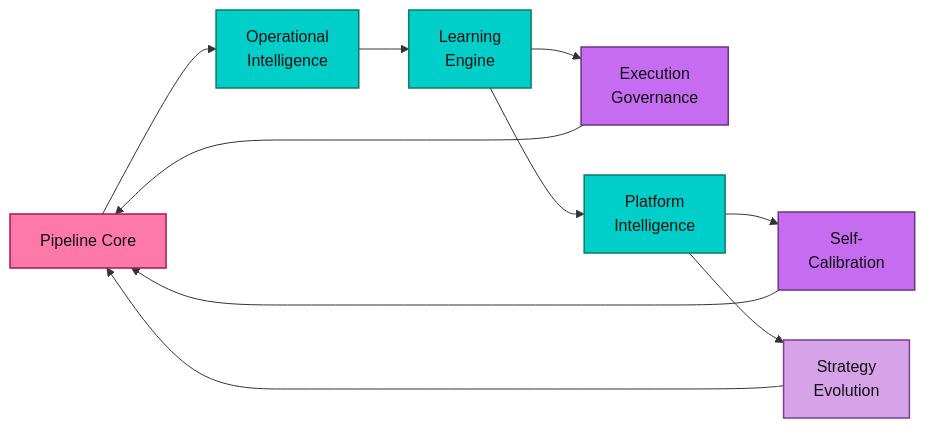
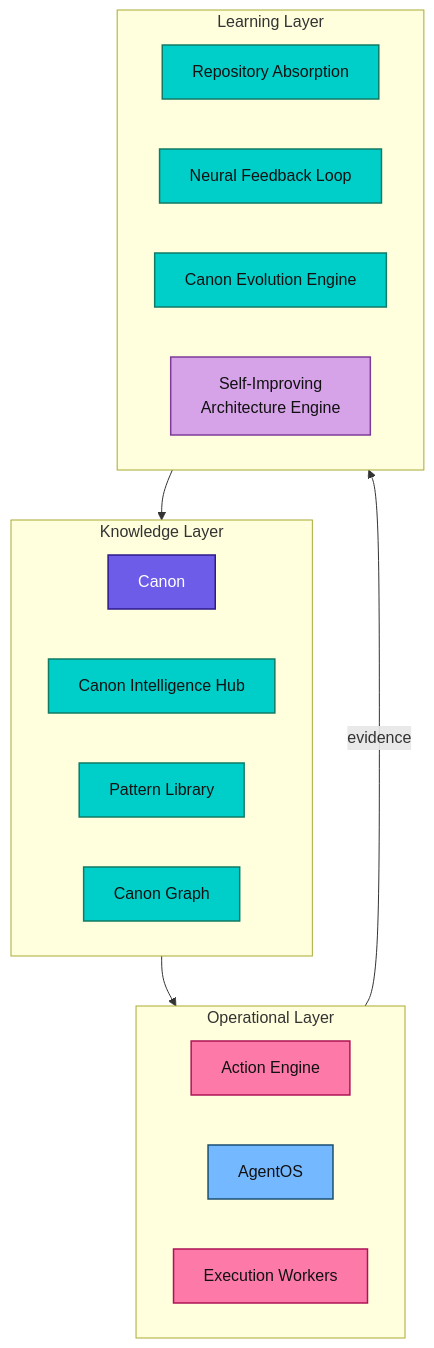
The fourth of 4 diagrams in docs/ARCHITECTURE.md (zansued/axionos), drawn with Mermaid before and after one commit. The commit also changed other lines of this file, not shown here.

````diff
--- a/docs/ARCHITECTURE.md
+++ b/docs/ARCHITECTURE.md
@@ -362,17 +364,32 @@
 ```mermaid
-flowchart LR
-    Pipeline["Pipeline Core"]:::runtime --> OI["Operational\nIntelligence"]:::intelligence
-    OI --> Learn["Learning\nEngine"]:::intelligence
-    Learn --> Gov["Execution\nGovernance"]:::governance
-    Gov --> Pipeline
-    Learn --> PI["Platform\nIntelligence"]:::intelligence
-    PI --> Calib["Self-\nCalibration"]:::governance
-    PI --> Strat["Strategy\nEvolution"]:::strategic
-    Calib --> Pipeline
-    Strat --> Pipeline
+flowchart TB
+    subgraph Operational["Operational Layer"]
+        AE2["Action Engine"]:::runtime
+        AgOS["AgentOS"]:::core
+        Exec["Execution Workers"]:::runtime
+    end
 
+    subgraph Knowledge["Knowledge Layer"]
+        Canon2["Canon"]:::canon
+        CIH["Canon Intelligence Hub"]:::intelligence
+        PL["Pattern Library"]:::intelligence
+        CG["Canon Graph"]:::intelligence
+    end
+
+    subgraph Learning["Learning Layer"]
+        RA["Repository Absorption"]:::intelligence
+        NFL["Neural Feedback Loop"]:::intelligence
+        CEE["Canon Evolution Engine"]:::intelligence
+        SIAE["Self-Improving\nArchitecture Engine"]:::strategic
+    end
+
+    Knowledge --> Operational
+    Learning --> Knowledge
+    Operational -->|evidence| Learning
+
+    classDef canon fill:#6C5CE7,stroke:#2E1A8A,color:#fff,stroke-width:1.5px;
+    classDef intelligence fill:#00CEC9,stroke:#117A65,color:#111,stroke-width:1.5px;
     classDef runtime fill:#FD79A8,stroke:#AD1457,color:#111,stroke-width:1.5px;
-    classDef intelligence fill:#00CEC9,stroke:#117A65,color:#111,stroke-width:1.5px;
-    classDef governance fill:#C56CF0,stroke:#6C3483,color:#111,stroke-width:1.5px;
+    classDef core fill:#74B9FF,stroke:#1B4F72,color:#111,stroke-width:1.5px;
     classDef strategic fill:#D6A2E8,stroke:#7D3C98,color:#111,stroke-width:1.5px;
 ```
````
